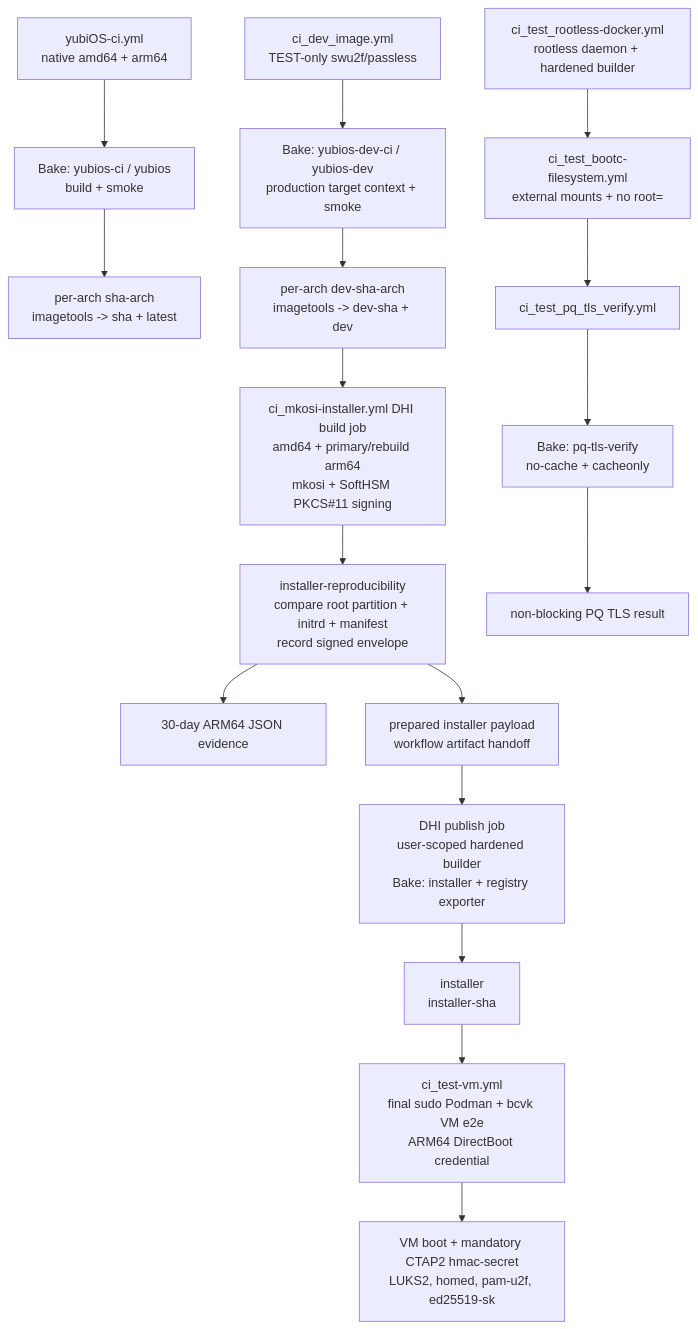
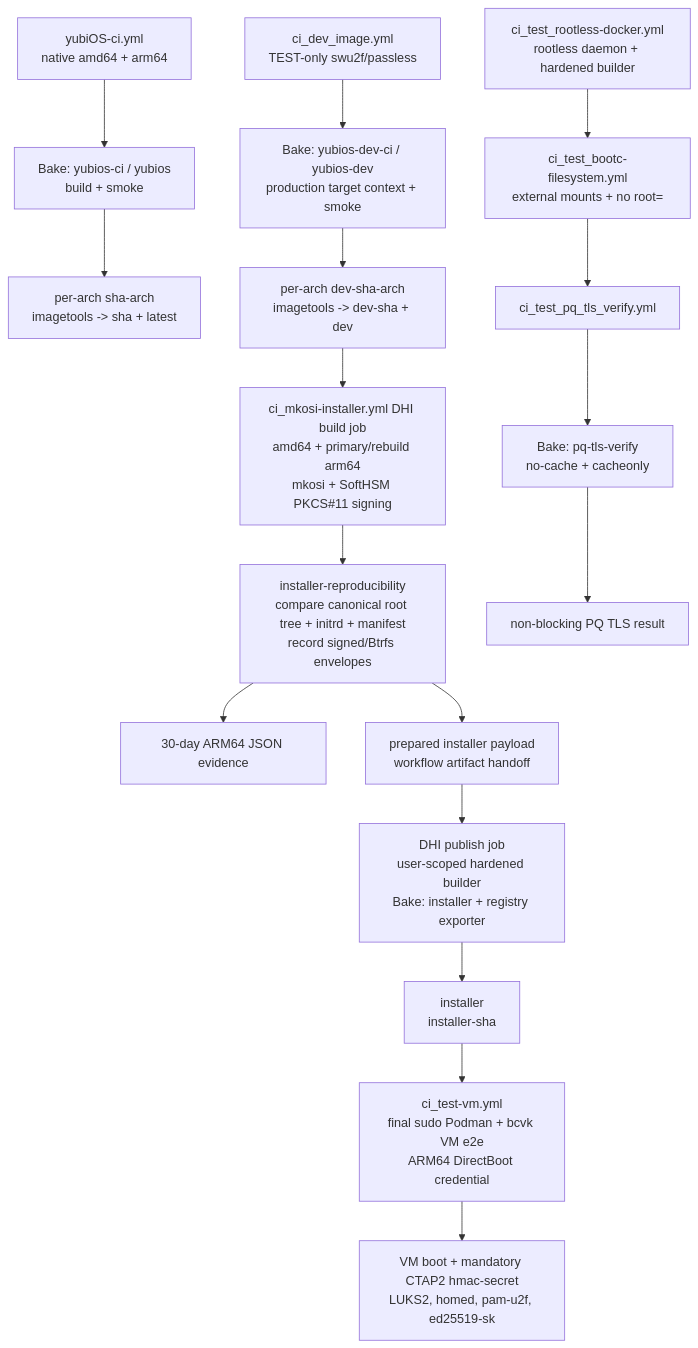
One commit to corning-croak-cable/yubiOS changed the fourth of 8 diagrams in CI_MAP.md. Above: the diagram before and after it, drawn with Mermaid. The commit also changed other lines of this file and 8 other files, not shown here.

Commit message:
Compare canonical installer filesystem contents

````diff
--- a/CI_MAP.md
+++ b/CI_MAP.md
@@ -155,27 +155,27 @@
 ```mermaid
 flowchart TD
     prod_wf["yubiOS-ci.yml\nnative amd64 + arm64"]
     prod_bake["Bake: yubios-ci / yubios\nbuild + smoke"]
     prod_out["per-arch sha-arch\nimagetools -> sha + latest"]
     dev_wf["ci_dev_image.yml\nTEST-only swu2f/passless"]
     dev_bake["Bake: yubios-dev-ci / yubios-dev\nproduction target context + smoke"]
     dev_out["per-arch dev-sha-arch\nimagetools -> dev-sha + dev"]
     vm["ci_test-vm.yml\nfinal sudo Podman + bcvk VM e2e\nARM64 DirectBoot credential"]
     vm_out["VM boot + mandatory CTAP2 hmac-secret\nLUKS2, homed, pam-u2f, ed25519-sk"]
     installer["ci_mkosi-installer.yml DHI build job\namd64 + primary/rebuild arm64\nmkosi + SoftHSM PKCS#11 signing"]
-    installer_proof["installer-reproducibility\ncompare root partition + initrd + manifest\nrecord signed envelope"]
+    installer_proof["installer-reproducibility\ncompare canonical root tree + initrd + manifest\nrecord signed/Btrfs envelopes"]
     installer_evidence["30-day ARM64 JSON evidence"]
     installer_payload["prepared installer payload\nworkflow artifact handoff"]
     installer_bake["DHI publish job\nuser-scoped hardened builder\nBake: installer + registry exporter"]
     installer_out["installer\ninstaller-sha"]
     rootless["ci_test_rootless-docker.yml\nrootless daemon + hardened builder"]
     bootc["ci_test_bootc-filesystem.yml\nexternal mounts + no root="]
     pq["ci_test_pq_tls_verify.yml"]
     pq_bake["Bake: pq-tls-verify\nno-cache + cacheonly"]
     pq_out["non-blocking PQ TLS result"]
 
     prod_wf --> prod_bake --> prod_out
     dev_wf --> dev_bake --> dev_out --> installer --> installer_proof --> installer_evidence
     installer_proof --> installer_payload --> installer_bake --> installer_out --> vm --> vm_out
     rootless --> bootc --> pq --> pq_bake --> pq_out
 ```
````
